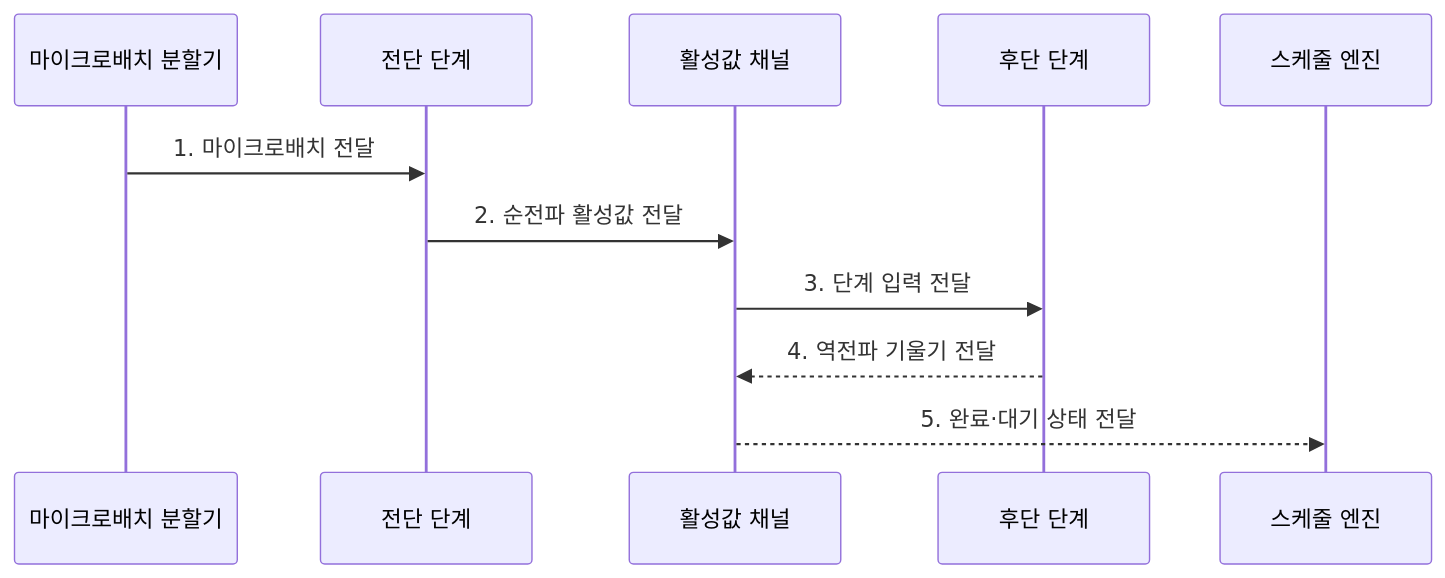
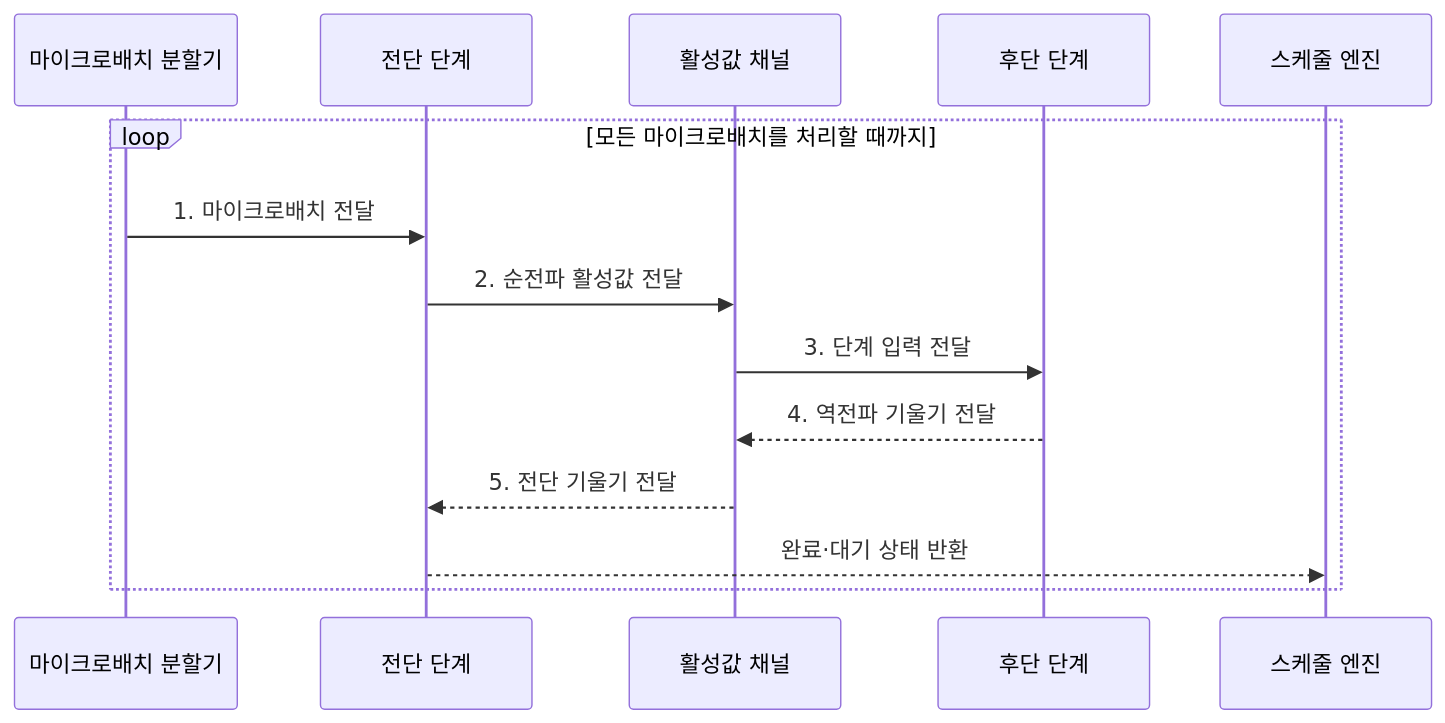
The second of 2 diagrams in src/content/docs/notes/08-latest-tech/156_pipeline_parallelism.md (agnusdei1207/knowledge-base), drawn with Mermaid before and after one commit. The commit also changed other lines of this file and 225 other files, not shown here.

````diff
--- a/src/content/docs/notes/08-latest-tech/156_pipeline_parallelism.md
+++ b/src/content/docs/notes/08-latest-tech/156_pipeline_parallelism.md
@@ -78,13 +80,16 @@
 ```mermaid
 sequenceDiagram
     participant B as 마이크로배치 분할기
     participant S1 as 전단 단계
     participant C as 활성값 채널
     participant S2 as 후단 단계
     participant E as 스케줄 엔진
-    B->>S1: 1. 마이크로배치 전달
-    S1->>C: 2. 순전파 활성값 전달
-    C->>S2: 3. 단계 입력 전달
-    S2-->>C: 4. 역전파 기울기 전달
-    C-->>E: 5. 완료·대기 상태 전달
+    loop 모든 마이크로배치를 처리할 때까지
+        B->>S1: 1. 마이크로배치 전달
+        S1->>C: 2. 순전파 활성값 전달
+        C->>S2: 3. 단계 입력 전달
+        S2-->>C: 4. 역전파 기울기 전달
+        C-->>S1: 5. 전단 기울기 전달
+        S1-->>E: 완료·대기 상태 반환
+    end
 ```
````
